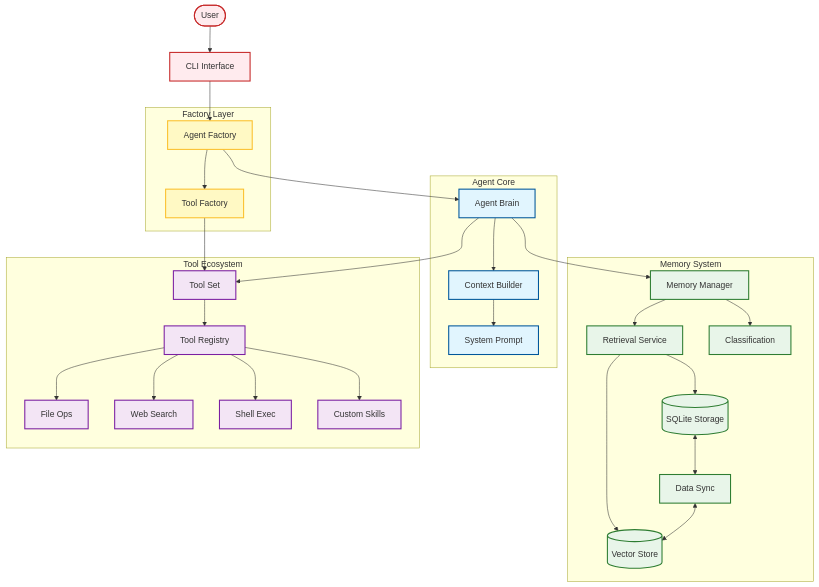
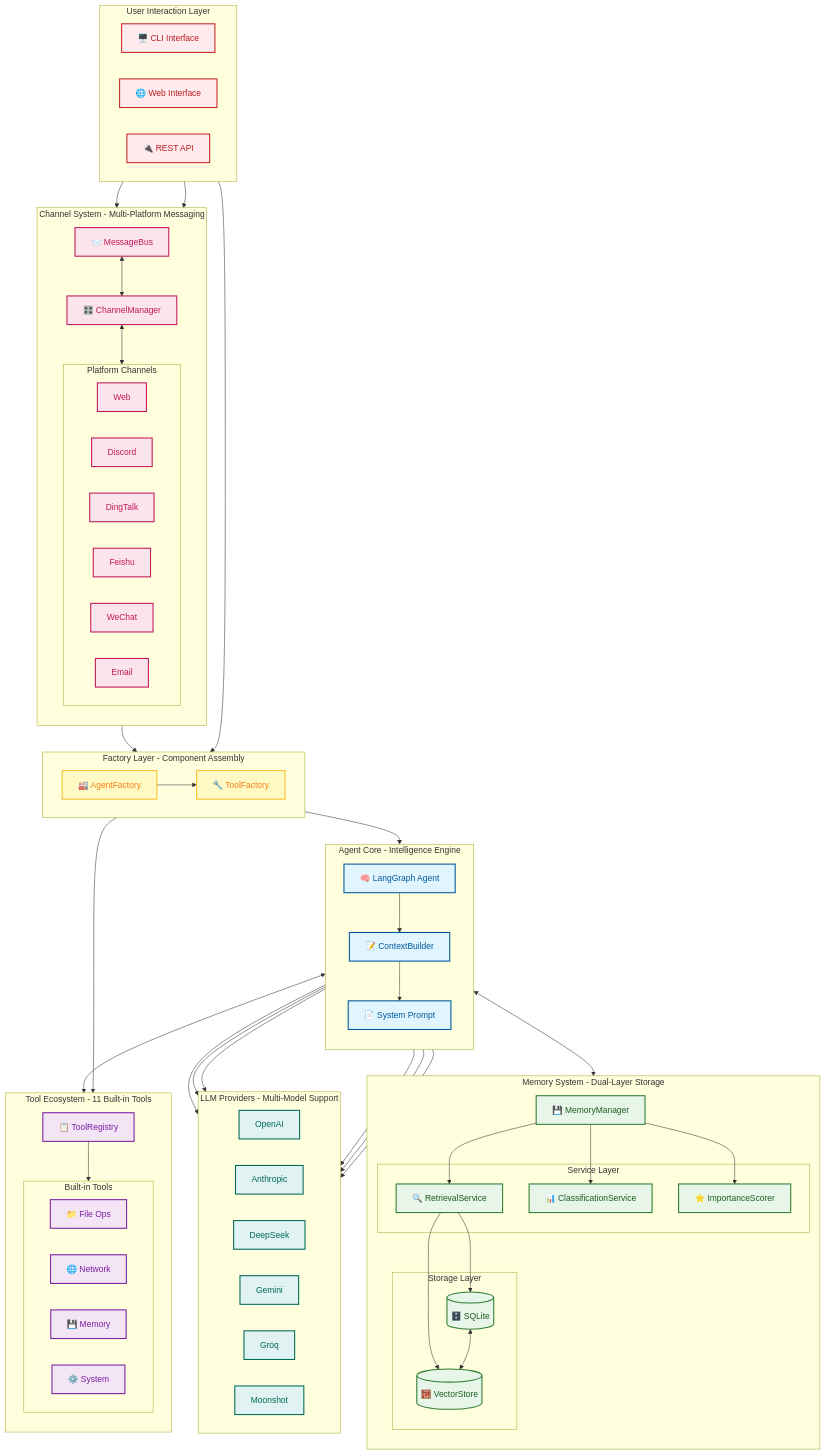
Before and after one commit to xt765/FinchBot: the second of 6 diagrams in docs/en-US/blog/finchbot-flexible-ai-agent-framework.md, drawn with Mermaid. The commit also changed other lines of this file and 18 other files, not shown here.

First line of the commit message:
docs: 简化架构图并删除所有mermaid图中的表情包

````diff
--- a/docs/en-US/blog/finchbot-flexible-ai-agent-framework.md
+++ b/docs/en-US/blog/finchbot-flexible-ai-agent-framework.md
@@ -125,69 +125,125 @@
 ```mermaid
 graph TD
-    %% Styles
-    classDef core fill:#e1f5fe,stroke:#01579b,stroke-width:2px;
-    classDef factory fill:#fff9c4,stroke:#fbc02d,stroke-width:2px;
-    classDef memory fill:#e8f5e9,stroke:#2e7d32,stroke-width:2px;
-    classDef tools fill:#f3e5f5,stroke:#7b1fa2,stroke-width:2px;
-    classDef user fill:#ffebee,stroke:#c62828,stroke-width:2px;
+    %% Style Definitions
+    classDef userLayer fill:#ffebee,stroke:#c62828,stroke-width:2px,color:#b71c1c;
+    classDef factoryLayer fill:#fff9c4,stroke:#fbc02d,stroke-width:2px,color:#f57f17;
+    classDef coreLayer fill:#e1f5fe,stroke:#01579b,stroke-width:2px,color:#01579b;
+    classDef memoryLayer fill:#e8f5e9,stroke:#2e7d32,stroke-width:2px,color:#1b5e20;
+    classDef toolLayer fill:#f3e5f5,stroke:#7b1fa2,stroke-width:2px,color:#7b1fa2;
+    classDef channelLayer fill:#fce4ec,stroke:#c2185b,stroke-width:2px,color:#c2185b;
+    classDef infraLayer fill:#e0f2f1,stroke:#00695c,stroke-width:2px,color:#00695c;
 
-    %% User Layer
-    User([User]) --> CLI[CLI Interface]
-    class User user
-    class CLI user
+    %% User Interaction Layer
+    subgraph UserLayer [User Interaction Layer]
+        direction LR
+        CLI[🖥️ CLI Interface]
+        WebUI[🌐 Web Interface]
+        API[🔌 REST API]
+    end
+    class CLI,WebUI,API userLayer
+
+    %% Channel System
+    subgraph ChannelSystem [Channel System - Multi-Platform Messaging]
+        direction TB
+        Bus[📨 MessageBus]
+        CM[🎛️ ChannelManager]
+        
+        Bus <--> CM
+        
+        subgraph Channels [Platform Channels]
+            WebCh[Web]
+            DiscordCh[Discord]
+            DingTalkCh[DingTalk]
+            FeishuCh[Feishu]
+            WeChatCh[WeChat]
+            EmailCh[Email]
+        end
+        
+        CM <--> Channels
+    end
+    class Bus,CM channelLayer
+    class WebCh,DiscordCh,DingTalkCh,FeishuCh,WeChatCh,EmailCh channelLayer
 
     %% Factory Layer
-    subgraph Factory_Layer [Factory Layer]
-        AgentFactory[Agent Factory]
-        ToolFactory[Tool Factory]
+    subgraph FactoryLayer [Factory Layer - Component Assembly]
+        direction LR
+        AF[🏭 AgentFactory]
+        TF[🔧 ToolFactory]
     end
-    class AgentFactory,ToolFactory factory
+    class AF,TF factoryLayer
 
-    CLI --> AgentFactory
-    AgentFactory --> Agent
-    AgentFactory --> ToolFactory
-    ToolFactory --> ToolSet
-
-    %% Core Layer
-    subgraph Agent_Core [Agent Core]
-        Agent[Agent Brain]
-        ContextBuilder[Context Builder]
-        SystemPrompt[System Prompt]
+    %% Agent Core
+    subgraph AgentCore [Agent Core - Intelligence Engine]
+        direction TB
+        Agent[🧠 LangGraph Agent]
+        CB[📝 ContextBuilder]
+        SP[📄 System Prompt]
         
-        Agent --> ContextBuilder
-        ContextBuilder --> SystemPrompt
+        Agent --> CB
+        CB --> SP
     end
-    class Agent,ContextBuilder,SystemPrompt core
+    class Agent,CB,SP coreLayer
 
     %% Memory System
-    subgraph Memory_System [Memory System]
-        MemoryMgr[Memory Manager]
-        SQLite[(SQLite Storage)]
-        Vector[(Vector Store)]
-        Sync[Data Sync]
+    subgraph MemorySystem [Memory System - Dual-Layer Storage]
+        direction TB
+        MM[💾 MemoryManager]
         
-        MemoryMgr --> Retrieval[Retrieval Service]
-        MemoryMgr --> Classification[Classification]
-        Retrieval --> SQLite
-        Retrieval --> Vector
-        SQLite <--> Sync <--> Vector
+        subgraph Services [Service Layer]
+            RS[🔍 RetrievalService]
+            CS[📊 ClassificationService]
+            IS[⭐ ImportanceScorer]
+        end
+        
+        subgraph Storage [Storage Layer]
+            SQLite[(🗄️ SQLite)]
+            Vector[(🧮 VectorStore)]
+        end
+        
+        MM --> RS & CS & IS
+        RS --> SQLite & Vector
+        SQLite <--> Vector
     end
-    class MemoryMgr,SQLite,Vector,Sync,Retrieval,Classification memory
-
-    Agent --> MemoryMgr
+    class MM,RS,CS,IS,SQLite,Vector memoryLayer
 
     %% Tool Ecosystem
-    subgraph Tool_Ecosystem [Tool Ecosystem]
-        ToolSet[Tool Set]
-        ToolRegistry[Tool Registry]
+    subgraph ToolEcosystem [Tool Ecosystem - 11 Built-in Tools]
+        direction TB
+        TR[📋 ToolRegistry]
         
-        ToolSet --> ToolRegistry
-        ToolRegistry --> File[File Ops]
-        ToolRegistry --> Web[Web Search]
-        ToolRegistry --> Shell[Shell Exec]
-        ToolRegistry --> Custom[Custom Skills]
+        subgraph BuiltInTools [Built-in Tools]
+            FileTools[📁 File Ops]
+            WebTools[🌐 Network]
+            MemTools[💾 Memory]
+            SysTools[⚙️ System]
+        end
+        
+        TR --> BuiltInTools
     end
-    class ToolSet,ToolRegistry,File,Web,Shell,Custom tools
+    class TR,FileTools,WebTools,MemTools,SysTools toolLayer
 
-    Agent --> ToolSet
+    %% LLM Providers
+    subgraph LLMProviders [LLM Providers - Multi-Model Support]
+        direction LR
+        OpenAI[OpenAI]
+        Anthropic[Anthropic]
+        DeepSeek[DeepSeek]
+        Gemini[Gemini]
+        Groq[Groq]
+        Moonshot[Moonshot]
+    end
+    class OpenAI,Anthropic,DeepSeek,Gemini,Groq,Moonshot infraLayer
+
+    %% Connections
+    CLI & WebUI --> Bus
+    API --> AF
+    
+    Bus --> AF
+    AF --> Agent
+    AF --> TF
+    TF --> TR
+    
+    Agent <--> MM
+    Agent <--> TR
+    Agent --> OpenAI & Anthropic & DeepSeek & Gemini & Groq & Moonshot
 ```
````
